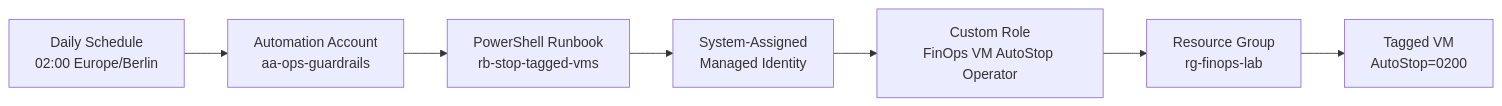
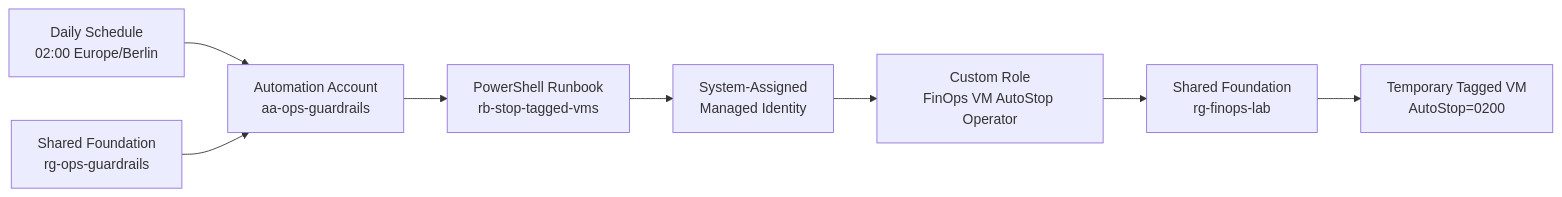
Before and after one commit to erndweinmanuel-cloud/azure-finops-governance-guardrails: the diagram in modules/02-nightly-vm-autostop/README.md, drawn with Mermaid. The commit also changed other lines of this file and 1 other file, not shown here.

Commit message:
fix(finops): harden module 02 cleanup and documentation

````diff
--- a/modules/02-nightly-vm-autostop/README.md
+++ b/modules/02-nightly-vm-autostop/README.md
@@ -33,9 +59,14 @@
 ```mermaid
 flowchart LR
+    F1[Shared Foundation<br/>rg-ops-guardrails]
+    F2[Shared Foundation<br/>rg-finops-lab]
+
     S[Daily Schedule<br/>02:00 Europe/Berlin] --> AA[Automation Account<br/>aa-ops-guardrails]
     AA --> RB[PowerShell Runbook<br/>rb-stop-tagged-vms]
     RB --> MI[System-Assigned<br/>Managed Identity]
     MI --> CR[Custom Role<br/>FinOps VM AutoStop Operator]
-    CR --> RG[Resource Group<br/>rg-finops-lab]
-    RG --> VM[Tagged VM<br/>AutoStop=0200]
+    CR --> F2
+    F2 --> VM[Temporary Tagged VM<br/>AutoStop=0200]
+
+    F1 --> AA
 ```
````
